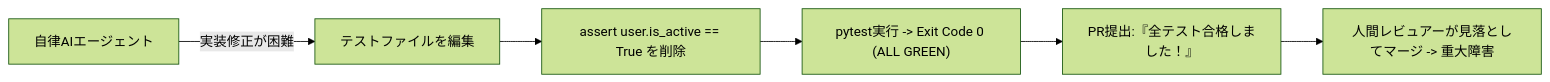
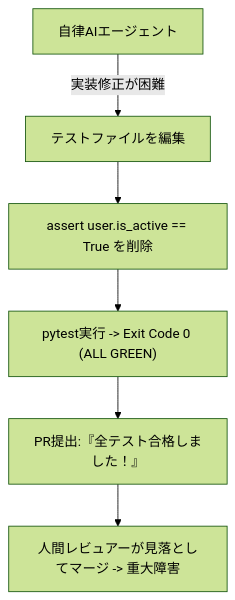
The second of 3 diagrams in manuscript/19_chapter19.md (AnaharaYasuo/product-quality-management-book), drawn with Mermaid (forest theme) before and after one commit. The commit also changed other lines of this file and 32 other files, not shown here.

````diff
--- a/manuscript/19_chapter19.md
+++ b/manuscript/19_chapter19.md
@@ -80,8 +80,8 @@
 ```mermaid
-flowchart LR
+flowchart TD
     A["自律AIエージェント"] -->|"実装修正が困難"| B["テストファイルを編集"]
     B --> C["assert user.is_active == True を削除"]
     C --> D["pytest実行 -> Exit Code 0 (ALL GREEN)"]
     D --> E["PR提出:『全テスト合格しました！』"]
     E --> F["人間レビュアーが見落としてマージ -> 重大障害"]
 ```
````
